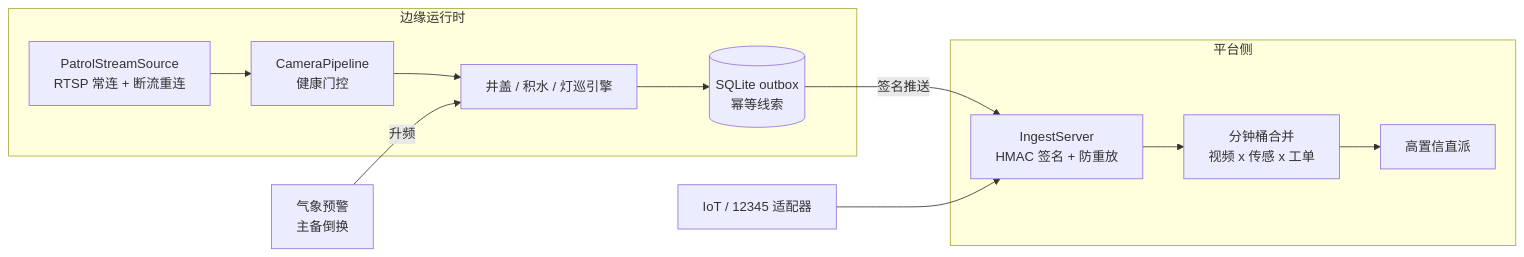
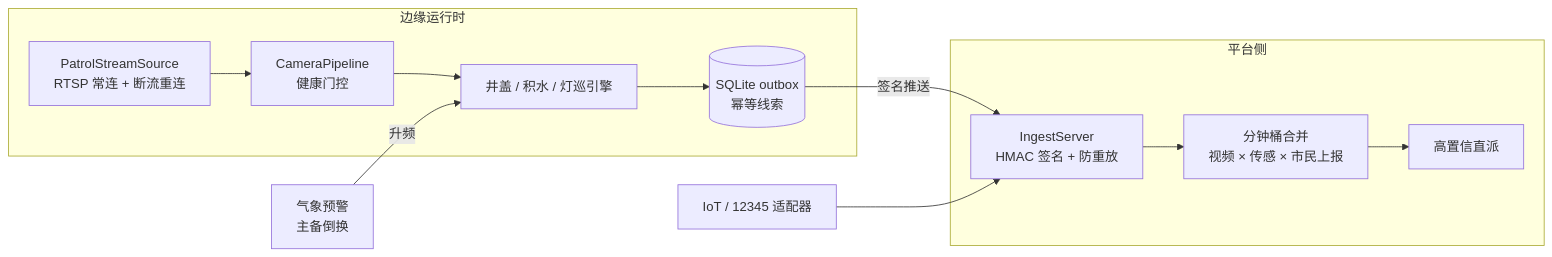
The diagram in README.md (hi-agi-lab/ai-life-line), drawn with Mermaid before and after one commit. The commit also changed other lines of this file and 2 other files, not shown here.

````diff
--- a/README.md
+++ b/README.md
@@ -90,15 +98,15 @@
 ```mermaid
 flowchart LR
     subgraph EDGE[边缘运行时]
-        SRC[PatrolStreamSource\nRTSP 常连 + 断流重连] --> PIPE[CameraPipeline\n健康门控]
+        SRC[PatrolStreamSource<br/>RTSP 常连 + 断流重连] --> PIPE[CameraPipeline<br/>健康门控]
         PIPE --> ENG[井盖 / 积水 / 灯巡引擎]
-        ENG --> OBX[(SQLite outbox\n幂等线索)]
+        ENG --> OBX[(SQLite outbox<br/>幂等线索)]
     end
     subgraph PLATFORM[平台侧]
-        ING[IngestServer\nHMAC 签名 + 防重放] --> FUS[分钟桶合并\n视频 x 传感 x 工单]
+        ING[IngestServer<br/>HMAC 签名 + 防重放] --> FUS[分钟桶合并<br/>视频 × 传感 × 市民上报]
         FUS --> DISP[高置信直派]
     end
     OBX -->|签名推送| ING
-    WX[气象预警\n主备倒换] -->|升频| ENG
+    WX[气象预警<br/>主备倒换] -->|升频| ENG
     SENS[IoT / 12345 适配器] --> ING
 ```
````
